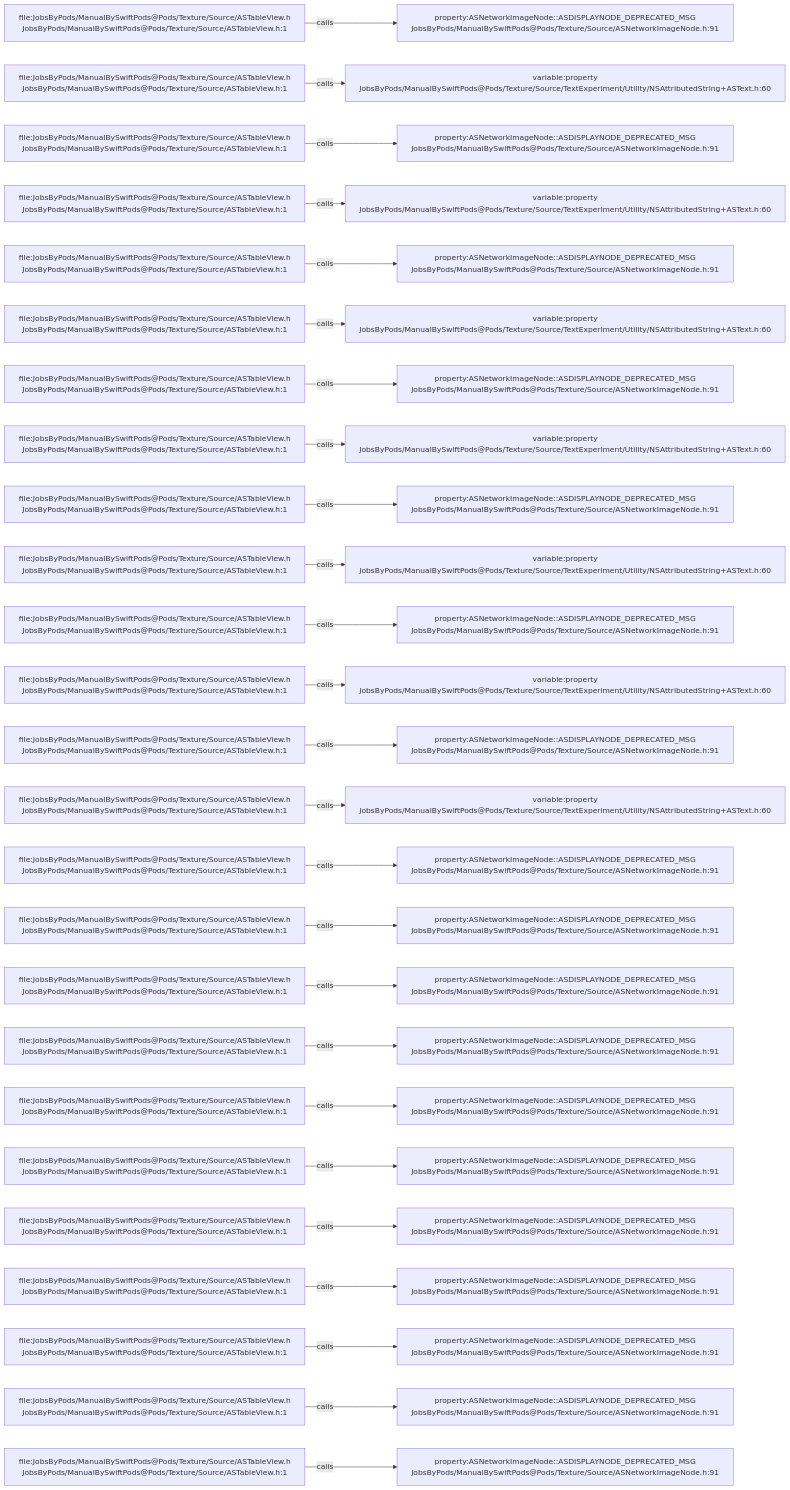
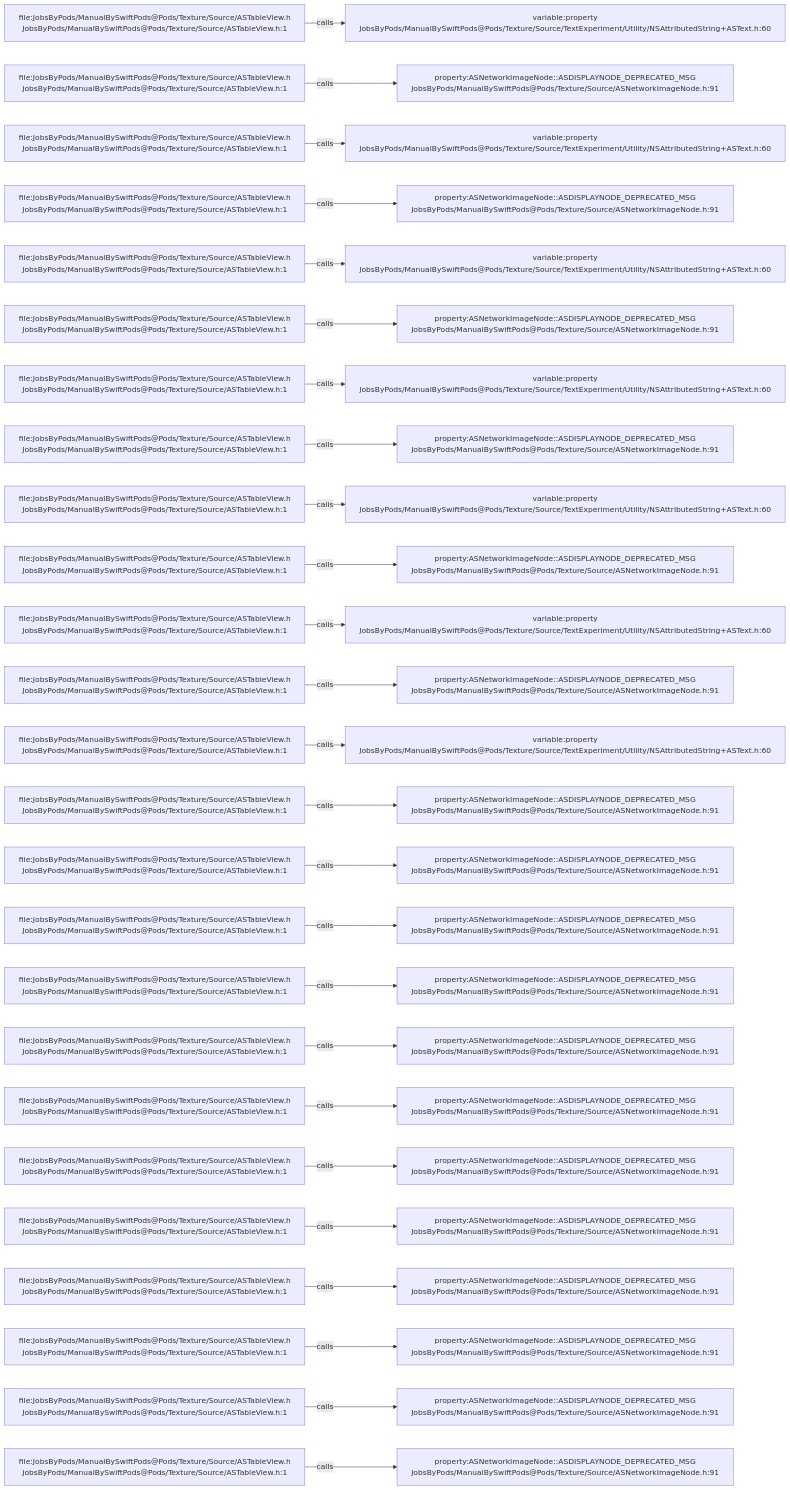
Before and after one commit to JobsKits/JobsSwiftBaseConfigDemo: the diagram in .codegraph/codegraph.md/graphs/calls-057.md, drawn with Mermaid. The commit also changed 747 other files, not shown here.

````diff
--- a/.codegraph/codegraph.md/graphs/calls-057.md
+++ b/.codegraph/codegraph.md/graphs/calls-057.md
@@ -13,78 +13,78 @@
 ```mermaid
 flowchart LR
   S1["file:JobsByPods/ManualBySwiftPods@Pods/Texture/Source/ASTableView.h<br/>JobsByPods/ManualBySwiftPods@Pods/Texture/Source/ASTableView.h:1"]
-  T1["property:ASNetworkImageNode::ASDISPLAYNODE_DEPRECATED_MSG<br/>JobsByPods/ManualBySwiftPods@Pods/Texture/Source/ASNetworkImageNode.h:91"]
+  T1["variable:property<br/>JobsByPods/ManualBySwiftPods@Pods/Texture/Source/TextExperiment/Utility/NSAttributedString+ASText.h:60"]
   S1 -->|calls| T1
   S2["file:JobsByPods/ManualBySwiftPods@Pods/Texture/Source/ASTableView.h<br/>JobsByPods/ManualBySwiftPods@Pods/Texture/Source/ASTableView.h:1"]
-  T2["variable:property<br/>JobsByPods/ManualBySwiftPods@Pods/Texture/Source/TextExperiment/Utility/NSAttributedString+ASText.h:60"]
+  T2["property:ASNetworkImageNode::ASDISPLAYNODE_DEPRECATED_MSG<br/>JobsByPods/ManualBySwiftPods@Pods/Texture/Source/ASNetworkImageNode.h:91"]
   S2 -->|calls| T2
   S3["file:JobsByPods/ManualBySwiftPods@Pods/Texture/Source/ASTableView.h<br/>JobsByPods/ManualBySwiftPods@Pods/Texture/Source/ASTableView.h:1"]
-  T3["property:ASNetworkImageNode::ASDISPLAYNODE_DEPRECATED_MSG<br/>JobsByPods/ManualBySwiftPods@Pods/Texture/Source/ASNetworkImageNode.h:91"]
+  T3["variable:property<br/>JobsByPods/ManualBySwiftPods@Pods/Texture/Source/TextExperiment/Utility/NSAttributedString+ASText.h:60"]
   S3 -->|calls| T3
   S4["file:JobsByPods/ManualBySwiftPods@Pods/Texture/Source/ASTableView.h<br/>JobsByPods/ManualBySwiftPods@Pods/Texture/Source/ASTableView.h:1"]
-  T4["variable:property<br/>JobsByPods/ManualBySwiftPods@Pods/Texture/Source/TextExperiment/Utility/NSAttributedString+ASText.h:60"]
+  T4["property:ASNetworkImageNode::ASDISPLAYNODE_DEPRECATED_MSG<br/>JobsByPods/ManualBySwiftPods@Pods/Texture/Source/ASNetworkImageNode.h:91"]
   S4 -->|calls| T4
   S5["file:JobsByPods/ManualBySwiftPods@Pods/Texture/Source/ASTableView.h<br/>JobsByPods/ManualBySwiftPods@Pods/Texture/Source/ASTableView.h:1"]
-  T5["property:ASNetworkImageNode::ASDISPLAYNODE_DEPRECATED_MSG<br/>JobsByPods/ManualBySwiftPods@Pods/Texture/Source/ASNetworkImageNode.h:91"]
+  T5["variable:property<br/>JobsByPods/ManualBySwiftPods@Pods/Texture/Source/TextExperiment/Utility/NSAttributedString+ASText.h:60"]
   S5 -->|calls| T5
   S6["file:JobsByPods/ManualBySwiftPods@Pods/Texture/Source/ASTableView.h<br/>JobsByPods/ManualBySwiftPods@Pods/Texture/Source/ASTableView.h:1"]
-  T6["variable:property<br/>JobsByPods/ManualBySwiftPods@Pods/Texture/Source/TextExperiment/Utility/NSAttributedString+ASText.h:60"]
+  T6["property:ASNetworkImageNode::ASDISPLAYNODE_DEPRECATED_MSG<br/>JobsByPods/ManualBySwiftPods@Pods/Texture/Source/ASNetworkImageNode.h:91"]
   S6 -->|calls| T6
   S7["file:JobsByPods/ManualBySwiftPods@Pods/Texture/Source/ASTableView.h<br/>JobsByPods/ManualBySwiftPods@Pods/Texture/Source/ASTableView.h:1"]
-  T7["property:ASNetworkImageNode::ASDISPLAYNODE_DEPRECATED_MSG<br/>JobsByPods/ManualBySwiftPods@Pods/Texture/Source/ASNetworkImageNode.h:91"]
+  T7["variable:property<br/>JobsByPods/ManualBySwiftPods@Pods/Texture/Source/TextExperiment/Utility/NSAttributedString+ASText.h:60"]
   S7 -->|calls| T7
   S8["file:JobsByPods/ManualBySwiftPods@Pods/Texture/Source/ASTableView.h<br/>JobsByPods/ManualBySwiftPods@Pods/Texture/Source/ASTableView.h:1"]
-  T8["variable:property<br/>JobsByPods/ManualBySwiftPods@Pods/Texture/Source/TextExperiment/Utility/NSAttributedString+ASText.h:60"]
+  T8["property:ASNetworkImageNode::ASDISPLAYNODE_DEPRECATED_MSG<br/>JobsByPods/ManualBySwiftPods@Pods/Texture/Source/ASNetworkImageNode.h:91"]
   S8 -->|calls| T8
   S9["file:JobsByPods/ManualBySwiftPods@Pods/Texture/Source/ASTableView.h<br/>JobsByPods/ManualBySwiftPods@Pods/Texture/Source/ASTableView.h:1"]
-  T9["property:ASNetworkImageNode::ASDISPLAYNODE_DEPRECATED_MSG<br/>JobsByPods/ManualBySwiftPods@Pods/Texture/Source/ASNetworkImageNode.h:91"]
+  T9["variable:property<br/>JobsByPods/ManualBySwiftPods@Pods/Texture/Source/TextExperiment/Utility/NSAttributedString+ASText.h:60"]
   S9 -->|calls| T9
   S10["file:JobsByPods/ManualBySwiftPods@Pods/Texture/Source/ASTableView.h<br/>JobsByPods/ManualBySwiftPods@Pods/Texture/Source/ASTableView.h:1"]
-  T10["variable:property<br/>JobsByPods/ManualBySwiftPods@Pods/Texture/Source/TextExperiment/Utility/NSAttributedString+ASText.h:60"]
+  T10["property:ASNetworkImageNode::ASDISPLAYNODE_DEPRECATED_MSG<br/>JobsByPods/ManualBySwiftPods@Pods/Texture/Source/ASNetworkImageNode.h:91"]
   S10 -->|calls| T10
   S11["file:JobsByPods/ManualBySwiftPods@Pods/Texture/Source/ASTableView.h<br/>JobsByPods/ManualBySwiftPods@Pods/Texture/Source/ASTableView.h:1"]
-  T11["property:ASNetworkImageNode::ASDISPLAYNODE_DEPRECATED_MSG<br/>JobsByPods/ManualBySwiftPods@Pods/Texture/Source/ASNetworkImageNode.h:91"]
+  T11["variable:property<br/>JobsByPods/ManualBySwiftPods@Pods/Texture/Source/TextExperiment/Utility/NSAttributedString+ASText.h:60"]
   S11 -->|calls| T11
   S12["file:JobsByPods/ManualBySwiftPods@Pods/Texture/Source/ASTableView.h<br/>JobsByPods/ManualBySwiftPods@Pods/Texture/Source/ASTableView.h:1"]
-  T12["variable:property<br/>JobsByPods/ManualBySwiftPods@Pods/Texture/Source/TextExperiment/Utility/NSAttributedString+ASText.h:60"]
+  T12["property:ASNetworkImageNode::ASDISPLAYNODE_DEPRECATED_MSG<br/>JobsByPods/ManualBySwiftPods@Pods/Texture/Source/ASNetworkImageNode.h:91"]
   S12 -->|calls| T12
   S13["file:JobsByPods/ManualBySwiftPods@Pods/Texture/Source/ASTableView.h<br/>JobsByPods/ManualBySwiftPods@Pods/Texture/Source/ASTableView.h:1"]
-  T13["property:ASNetworkImageNode::ASDISPLAYNODE_DEPRECATED_MSG<br/>JobsByPods/ManualBySwiftPods@Pods/Texture/Source/ASNetworkImageNode.h:91"]
+  T13["variable:property<br/>JobsByPods/ManualBySwiftPods@Pods/Texture/Source/TextExperiment/Utility/NSAttributedString+ASText.h:60"]
   S13 -->|calls| T13
   S14["file:JobsByPods/ManualBySwiftPods@Pods/Texture/Source/ASTableView.h<br/>JobsByPods/ManualBySwiftPods@Pods/Texture/Source/ASTableView.h:1"]
-  T14["variable:property<br/>JobsByPods/ManualBySwiftPods@Pods/Texture/Source/TextExperiment/Utility/NSAttributedString+ASText.h:60"]
+  T14["property:ASNetworkImageNode::ASDISPLAYNODE_DEPRECATED_MSG<br/>JobsByPods/ManualBySwiftPods@Pods/Texture/Source/ASNetworkImageNode.h:91"]
   S14 -->|calls| T14
   S15["file:JobsByPods/ManualBySwiftPods@Pods/Texture/Source/ASTableView.h<br/>JobsByPods/ManualBySwiftPods@Pods/Texture/Source/ASTableView.h:1"]
   T15["property:ASNetworkImageNode::ASDISPLAYNODE_DEPRECATED_MSG<br/>JobsByPods/ManualBySwiftPods@Pods/Texture/Source/ASNetworkImageNode.h:91"]
   S15 -->|calls| T15
   S16["file:JobsByPods/ManualBySwiftPods@Pods/Texture/Source/ASTableView.h<br/>JobsByPods/ManualBySwiftPods@Pods/Texture/Source/ASTableView.h:1"]
   T16["property:ASNetworkImageNode::ASDISPLAYNODE_DEPRECATED_MSG<br/>JobsByPods/ManualBySwiftPods@Pods/Texture/Source/ASNetworkImageNode.h:91"]
   S16 -->|calls| T16
   S17["file:JobsByPods/ManualBySwiftPods@Pods/Texture/Source/ASTableView.h<br/>JobsByPods/ManualBySwiftPods@Pods/Texture/Source/ASTableView.h:1"]
   T17["property:ASNetworkImageNode::ASDISPLAYNODE_DEPRECATED_MSG<br/>JobsByPods/ManualBySwiftPods@Pods/Texture/Source/ASNetworkImageNode.h:91"]
   S17 -->|calls| T17
   S18["file:JobsByPods/ManualBySwiftPods@Pods/Texture/Source/ASTableView.h<br/>JobsByPods/ManualBySwiftPods@Pods/Texture/Source/ASTableView.h:1"]
   T18["property:ASNetworkImageNode::ASDISPLAYNODE_DEPRECATED_MSG<br/>JobsByPods/ManualBySwiftPods@Pods/Texture/Source/ASNetworkImageNode.h:91"]
   S18 -->|calls| T18
   S19["file:JobsByPods/ManualBySwiftPods@Pods/Texture/Source/ASTableView.h<br/>JobsByPods/ManualBySwiftPods@Pods/Texture/Source/ASTableView.h:1"]
   T19["property:ASNetworkImageNode::ASDISPLAYNODE_DEPRECATED_MSG<br/>JobsByPods/ManualBySwiftPods@Pods/Texture/Source/ASNetworkImageNode.h:91"]
   S19 -->|calls| T19
   S20["file:JobsByPods/ManualBySwiftPods@Pods/Texture/Source/ASTableView.h<br/>JobsByPods/ManualBySwiftPods@Pods/Texture/Source/ASTableView.h:1"]
   T20["property:ASNetworkImageNode::ASDISPLAYNODE_DEPRECATED_MSG<br/>JobsByPods/ManualBySwiftPods@Pods/Texture/Source/ASNetworkImageNode.h:91"]
   S20 -->|calls| T20
   S21["file:JobsByPods/ManualBySwiftPods@Pods/Texture/Source/ASTableView.h<br/>JobsByPods/ManualBySwiftPods@Pods/Texture/Source/ASTableView.h:1"]
   T21["property:ASNetworkImageNode::ASDISPLAYNODE_DEPRECATED_MSG<br/>JobsByPods/ManualBySwiftPods@Pods/Texture/Source/ASNetworkImageNode.h:91"]
   S21 -->|calls| T21
   S22["file:JobsByPods/ManualBySwiftPods@Pods/Texture/Source/ASTableView.h<br/>JobsByPods/ManualBySwiftPods@Pods/Texture/Source/ASTableView.h:1"]
   T22["property:ASNetworkImageNode::ASDISPLAYNODE_DEPRECATED_MSG<br/>JobsByPods/ManualBySwiftPods@Pods/Texture/Source/ASNetworkImageNode.h:91"]
   S22 -->|calls| T22
   S23["file:JobsByPods/ManualBySwiftPods@Pods/Texture/Source/ASTableView.h<br/>JobsByPods/ManualBySwiftPods@Pods/Texture/Source/ASTableView.h:1"]
   T23["property:ASNetworkImageNode::ASDISPLAYNODE_DEPRECATED_MSG<br/>JobsByPods/ManualBySwiftPods@Pods/Texture/Source/ASNetworkImageNode.h:91"]
   S23 -->|calls| T23
   S24["file:JobsByPods/ManualBySwiftPods@Pods/Texture/Source/ASTableView.h<br/>JobsByPods/ManualBySwiftPods@Pods/Texture/Source/ASTableView.h:1"]
   T24["property:ASNetworkImageNode::ASDISPLAYNODE_DEPRECATED_MSG<br/>JobsByPods/ManualBySwiftPods@Pods/Texture/Source/ASNetworkImageNode.h:91"]
   S24 -->|calls| T24
   S25["file:JobsByPods/ManualBySwiftPods@Pods/Texture/Source/ASTableView.h<br/>JobsByPods/ManualBySwiftPods@Pods/Texture/Source/ASTableView.h:1"]
   T25["property:ASNetworkImageNode::ASDISPLAYNODE_DEPRECATED_MSG<br/>JobsByPods/ManualBySwiftPods@Pods/Texture/Source/ASNetworkImageNode.h:91"]
   S25 -->|calls| T25
 ```
````
